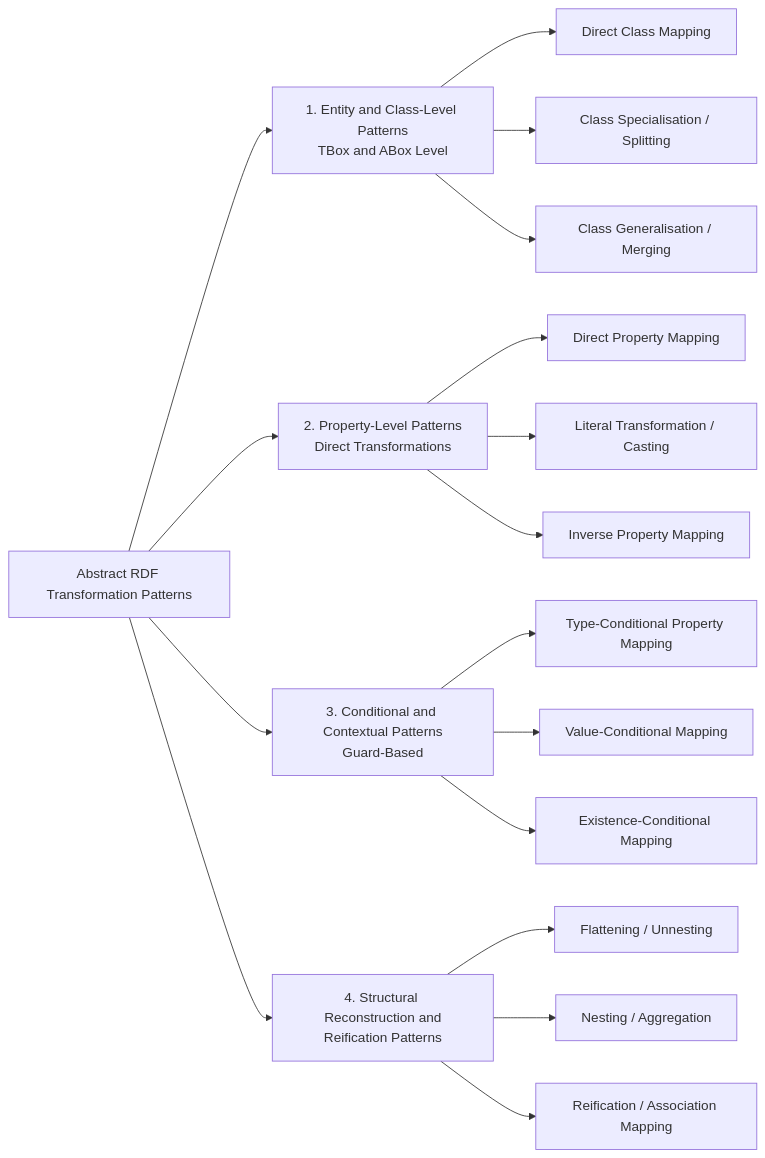
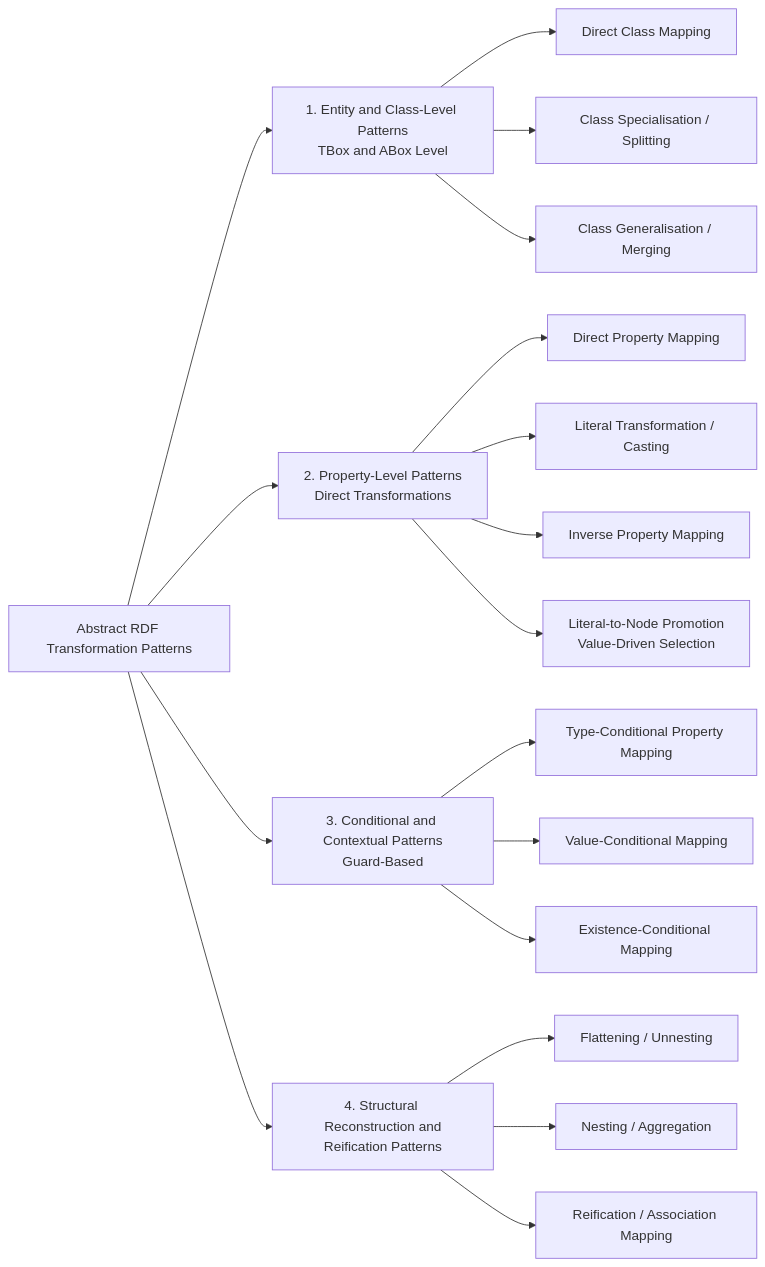
One commit to Cpprentice/omi changed the first of 2 diagrams in planning/Metadata Crosswalk - Patterns Map.md. Above: the diagram before and after it, drawn with Mermaid. The commit also changed other lines of this file and 1 other file, not shown here.

First line of the commit message:
Add literal-to-node promotion pattern to patterns map

````diff
--- a/planning/Metadata Crosswalk - Patterns Map.md
+++ b/planning/Metadata Crosswalk - Patterns Map.md
@@ -7,19 +7,20 @@
 ```mermaid
 flowchart LR
     A[Abstract RDF Transformation Patterns] --> B[1. Entity and Class-Level Patterns<br/>TBox and ABox Level]
     A --> C[2. Property-Level Patterns<br/>Direct Transformations]
     A --> D[3. Conditional and Contextual Patterns<br/>Guard-Based]
     A --> E[4. Structural Reconstruction and<br/>Reification Patterns]
     B --> B1[Direct Class Mapping]
     B --> B2[Class Specialisation / Splitting]
     B --> B3[Class Generalisation / Merging]
     C --> C1[Direct Property Mapping]
     C --> C2[Literal Transformation / Casting]
     C --> C3[Inverse Property Mapping]
+    C --> C4[Literal-to-Node Promotion<br/>Value-Driven Selection]
     D --> D1[Type-Conditional Property Mapping]
     D --> D2[Value-Conditional Mapping]
     D --> D3[Existence-Conditional Mapping]
     E --> E1[Flattening / Unnesting]
     E --> E2[Nesting / Aggregation]
     E --> E3[Reification / Association Mapping]
 ```
````
